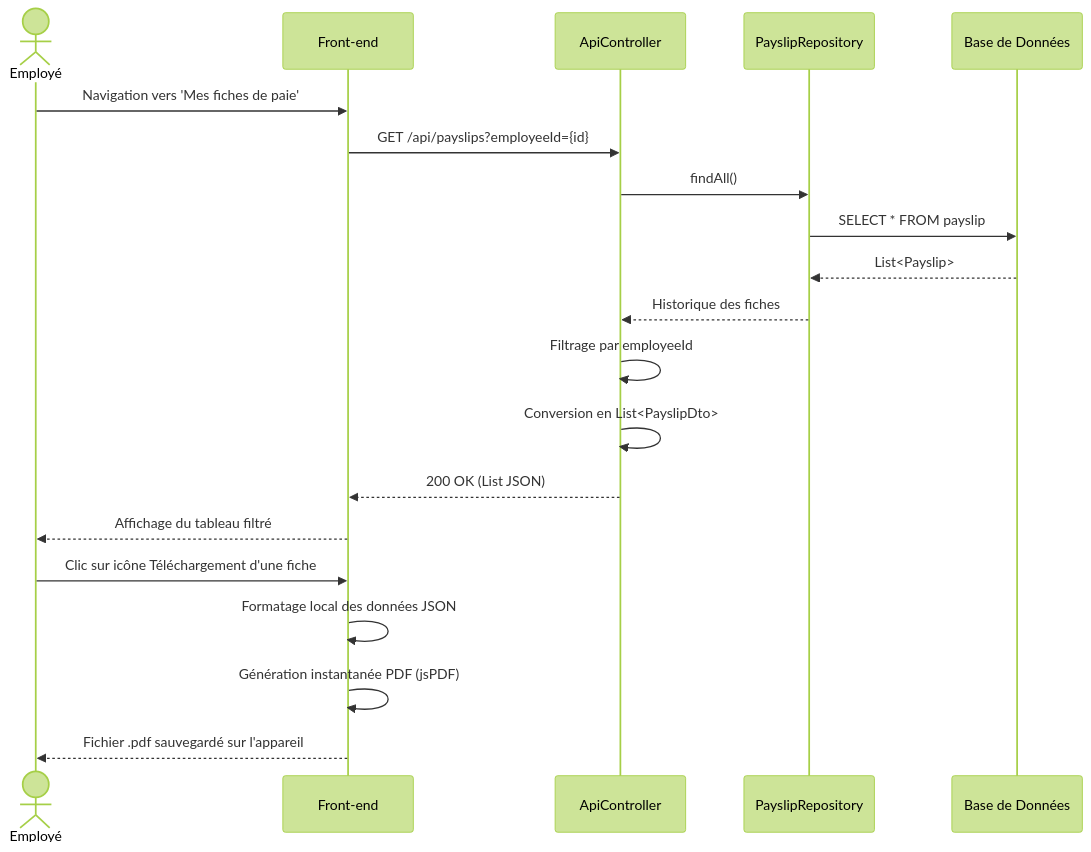
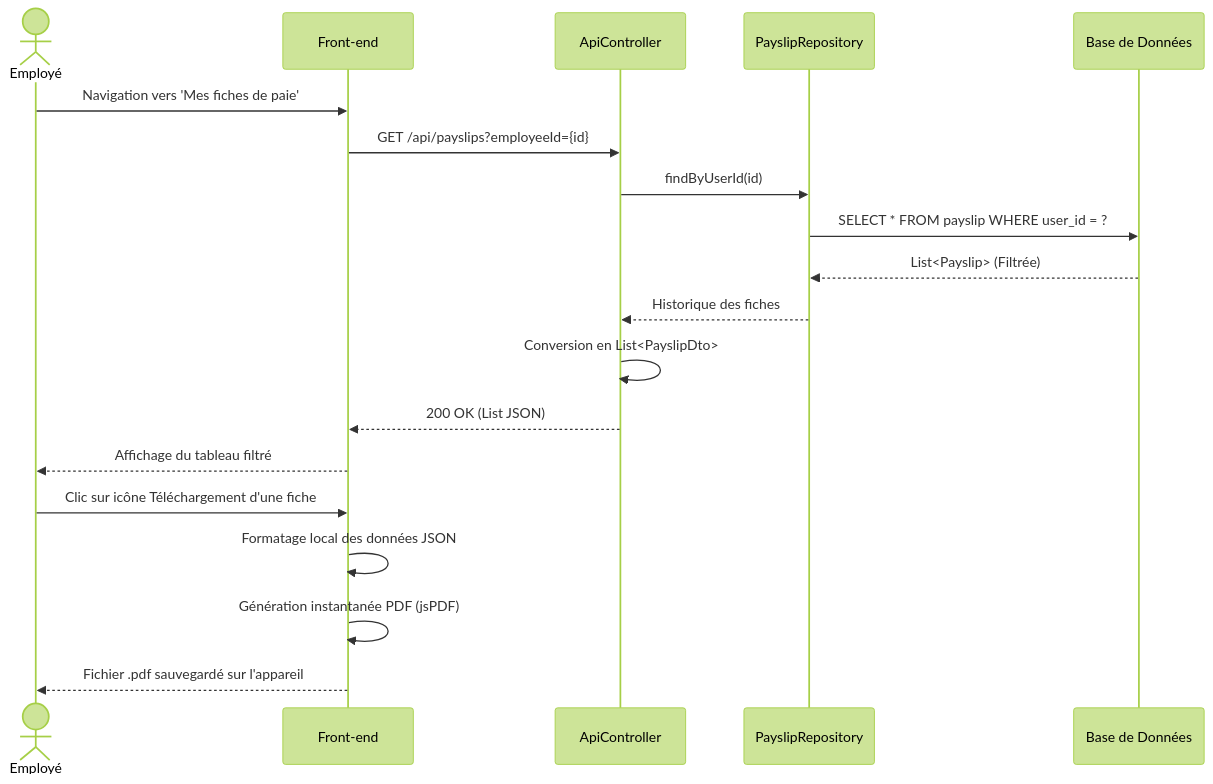
One commit to spirit0621/Memoire changed the diagram in DOCUMENT/06_Workflow/flux/04_consultation_employe_workflow.md. Above: the diagram before and after it, drawn with Mermaid (forest theme). The commit also changed other lines of this file and 43 other files, not shown here.

````diff
--- a/DOCUMENT/06_Workflow/flux/04_consultation_employe_workflow.md
+++ b/DOCUMENT/06_Workflow/flux/04_consultation_employe_workflow.md
@@ -5,24 +5,23 @@
 ```mermaid
 sequenceDiagram
     actor E as Employé
     participant F as Front-end
     participant C as ApiController
     participant R as PayslipRepository
     participant DB as Base de Données
   
     E->>F: Navigation vers 'Mes fiches de paie'
     F->>C: GET /api/payslips?employeeId={id}
-    C->>R: findAll()
-    R->>DB: SELECT * FROM payslip
-    DB-->>R: List<Payslip>
+    C->>R: findByUserId(id)
+    R->>DB: SELECT * FROM payslip WHERE user_id = ?
+    DB-->>R: List<Payslip> (Filtrée)
     R-->>C: Historique des fiches
-    C->>C: Filtrage par employeeId
     C->>C: Conversion en List<PayslipDto>
     C-->>F: 200 OK (List JSON)
     F-->>E: Affichage du tableau filtré
   
     E->>F: Clic sur icône Téléchargement d'une fiche
     F->>F: Formatage local des données JSON
     F->>F: Génération instantanée PDF (jsPDF)
     F-->>E: Fichier .pdf sauvegardé sur l'appareil
 ```
````
